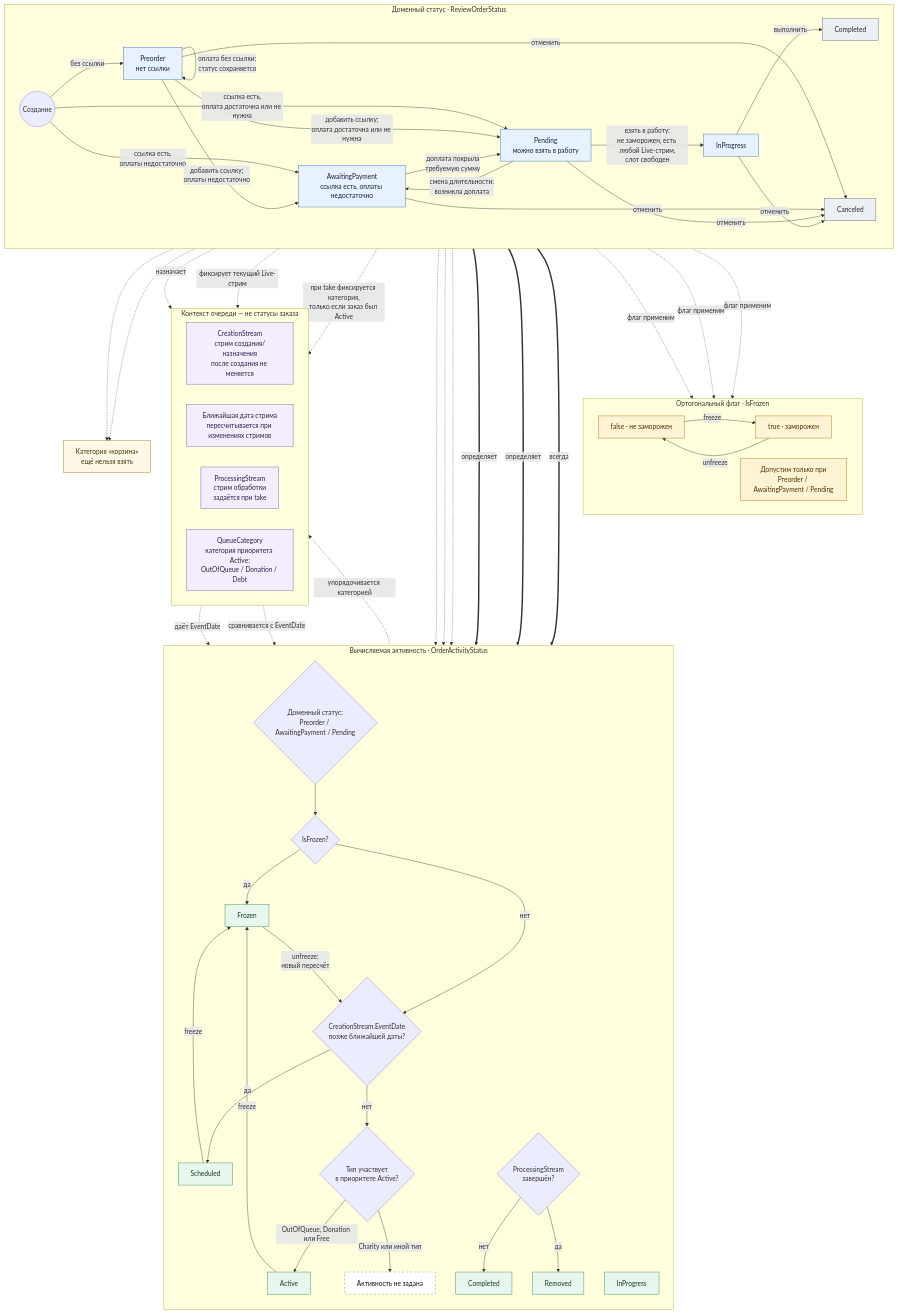
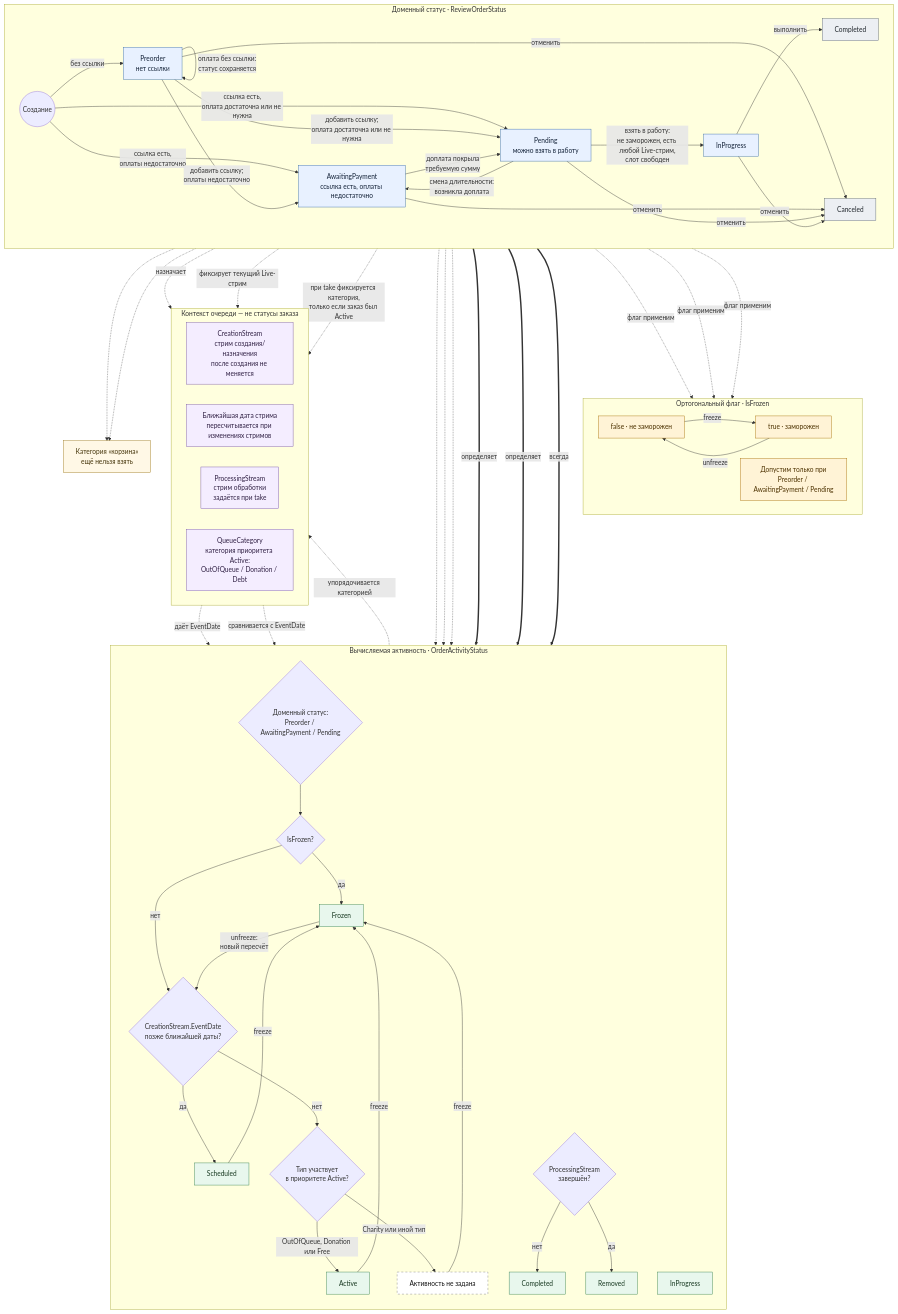
The diagram in backend/docs/diagrams/review-order/order-statuses.md (farymacomposer/webapp), drawn with Mermaid before and after one commit. The commit also changed 2 other files, not shown here.

Commit message:
Update order statuses documentation to include 'UNSPECIFIED_ACTIVITY' in freeze logic. Revise freeze and unfreeze order use cases to clarify status checks and handling of already frozen or canceled orders, ensuring consistency in operations and error responses.

```diff
--- a/backend/docs/diagrams/review-order/order-statuses.md
+++ b/backend/docs/diagrams/review-order/order-statuses.md
@@ -73,6 +73,7 @@
 
         ACTIVE -->|"freeze"| FROZEN_ACTIVITY
         SCHEDULED -->|"freeze"| FROZEN_ACTIVITY
+        UNSPECIFIED_ACTIVITY -->|"freeze"| FROZEN_ACTIVITY
         FROZEN_ACTIVITY -->|"unfreeze:<br/>новый пересчёт"| STREAM_DATE
 
         PROCESSING_COMPLETED -->|"нет"| COMPLETED_ACTIVITY
```
